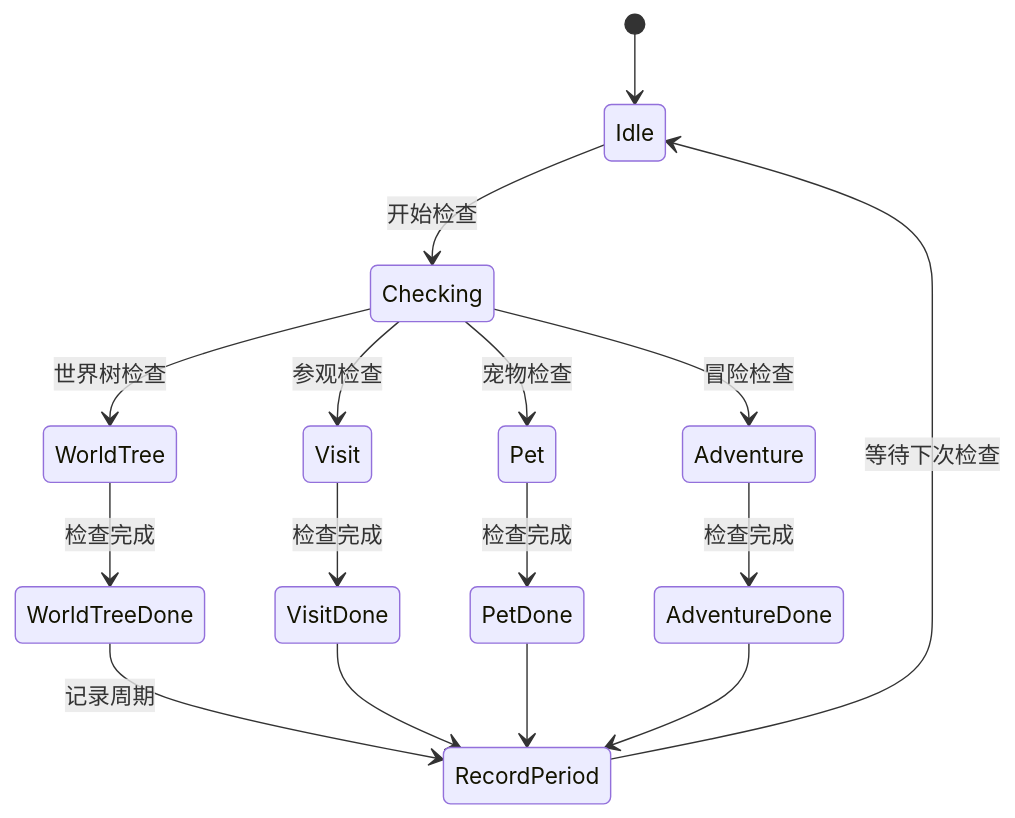
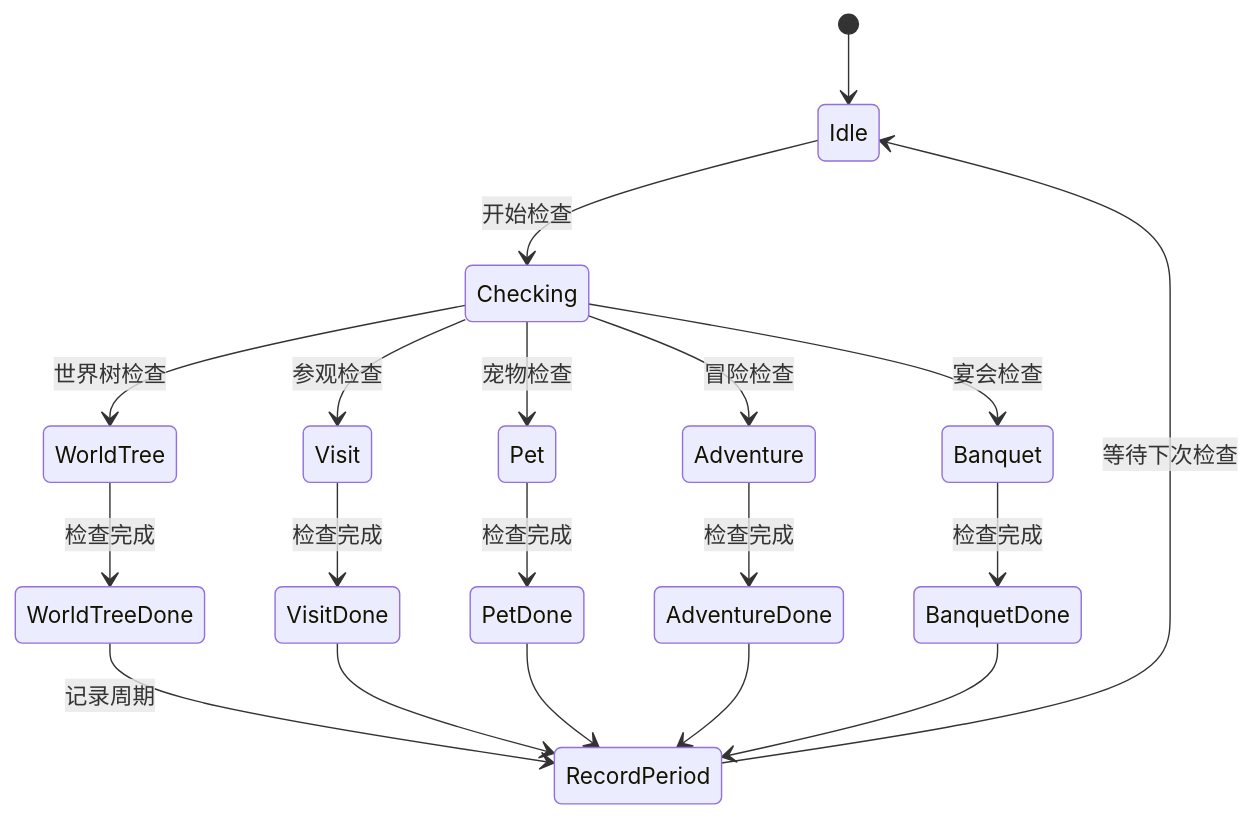
One commit to kqcoxn/MaaDuDuL changed the seventh of 17 diagrams in .qoder/repowiki/zh/content/Daily Saint Tour Functionality.md. Above: the diagram before and after it, drawn with Mermaid. The commit also changed other lines of this file and 12 other files, not shown here.

````diff
--- a/.qoder/repowiki/zh/content/Daily Saint Tour Functionality.md
+++ b/.qoder/repowiki/zh/content/Daily Saint Tour Functionality.md
@@ -285,18 +293,21 @@
 ```mermaid
 stateDiagram-v2
 [*] --> Idle
 Idle --> Checking : 开始检查
 Checking --> WorldTree : 世界树检查
 Checking --> Visit : 参观检查
 Checking --> Pet : 宠物检查
 Checking --> Adventure : 冒险检查
+Checking --> Banquet : 宴会检查
 WorldTree --> WorldTreeDone : 检查完成
 Visit --> VisitDone : 检查完成
 Pet --> PetDone : 检查完成
 Adventure --> AdventureDone : 检查完成
+Banquet --> BanquetDone : 检查完成
 WorldTreeDone --> RecordPeriod : 记录周期
 VisitDone --> RecordPeriod
 PetDone --> RecordPeriod
 AdventureDone --> RecordPeriod
+BanquetDone --> RecordPeriod
 RecordPeriod --> Idle : 等待下次检查
 ```
````
